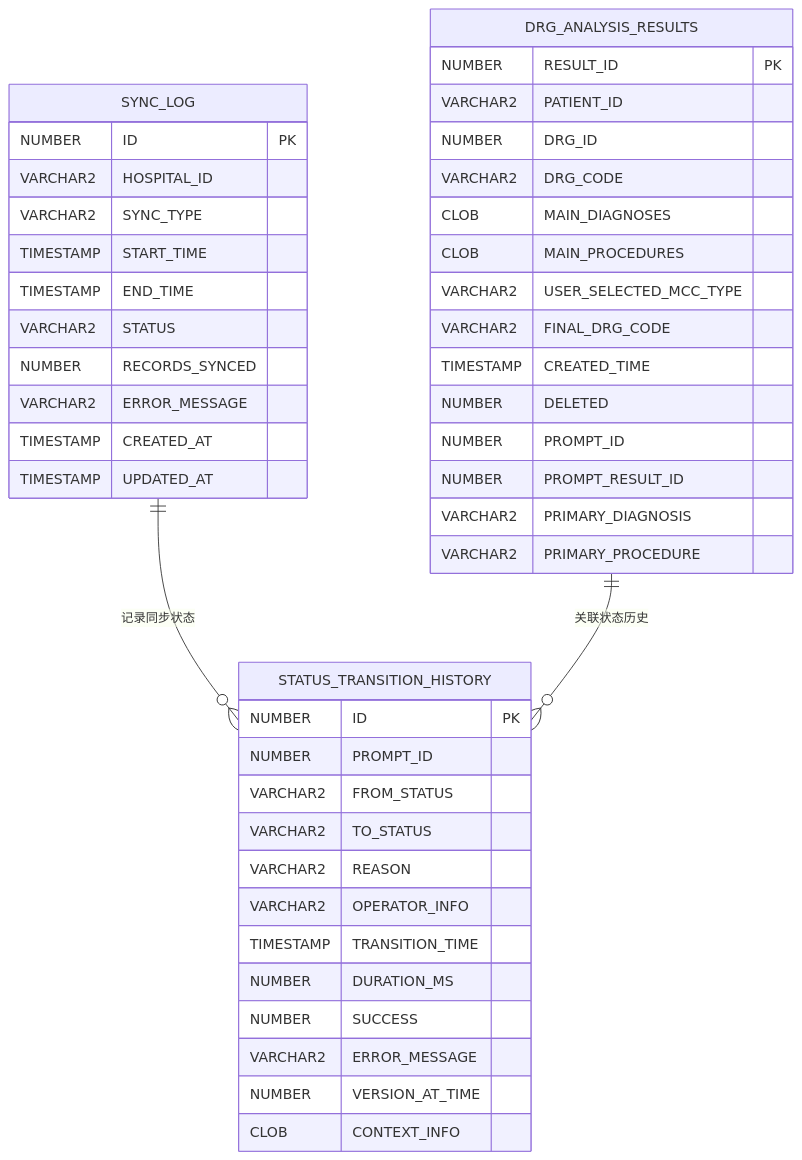
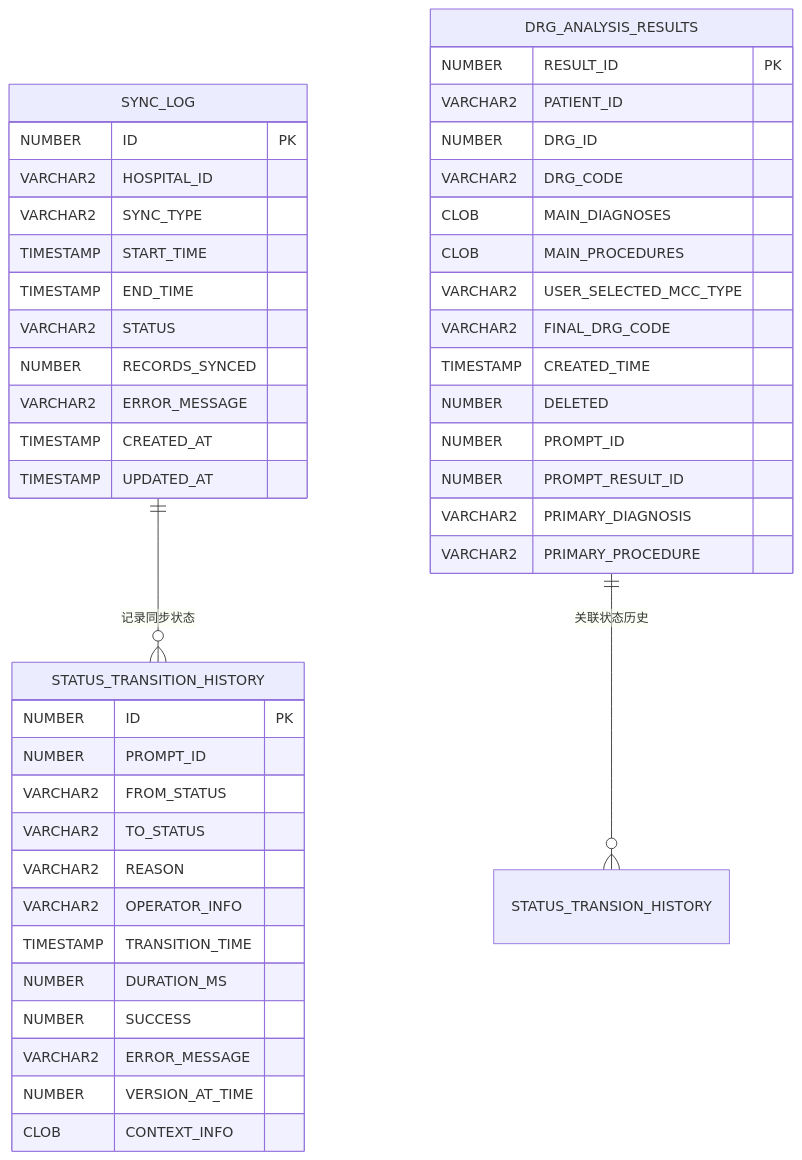
Before and after one commit to liuzh2008/med_ai_assistant_workspace: the third of 17 diagrams in .qoder/repowiki/zh/content/Database Operations.md, drawn with Mermaid. The commit also changed other lines of this file and 6 other files, not shown here.

````diff
--- a/.qoder/repowiki/zh/content/Database Operations.md
+++ b/.qoder/repowiki/zh/content/Database Operations.md
@@ -120,47 +139,47 @@
 ```mermaid
 erDiagram
 SYNC_LOG {
 NUMBER ID PK
 VARCHAR2 HOSPITAL_ID
 VARCHAR2 SYNC_TYPE
 TIMESTAMP START_TIME
 TIMESTAMP END_TIME
 VARCHAR2 STATUS
 NUMBER RECORDS_SYNCED
 VARCHAR2 ERROR_MESSAGE
 TIMESTAMP CREATED_AT
 TIMESTAMP UPDATED_AT
 }
 STATUS_TRANSITION_HISTORY {
 NUMBER ID PK
 NUMBER PROMPT_ID
 VARCHAR2 FROM_STATUS
 VARCHAR2 TO_STATUS
 VARCHAR2 REASON
 VARCHAR2 OPERATOR_INFO
 TIMESTAMP TRANSITION_TIME
 NUMBER DURATION_MS
 NUMBER SUCCESS
 VARCHAR2 ERROR_MESSAGE
 NUMBER VERSION_AT_TIME
 CLOB CONTEXT_INFO
 }
 DRG_ANALYSIS_RESULTS {
 NUMBER RESULT_ID PK
 VARCHAR2 PATIENT_ID
 NUMBER DRG_ID
 VARCHAR2 DRG_CODE
 CLOB MAIN_DIAGNOSES
 CLOB MAIN_PROCEDURES
 VARCHAR2 USER_SELECTED_MCC_TYPE
 VARCHAR2 FINAL_DRG_CODE
 TIMESTAMP CREATED_TIME
 NUMBER DELETED
 NUMBER PROMPT_ID
 NUMBER PROMPT_RESULT_ID
 VARCHAR2 PRIMARY_DIAGNOSIS
 VARCHAR2 PRIMARY_PROCEDURE
 }
 SYNC_LOG ||--o{ STATUS_TRANSITION_HISTORY : "记录同步状态"
-DRG_ANALYSIS_RESULTS ||--o{ STATUS_TRANSITION_HISTORY : "关联状态历史"
+DRG_ANALYSIS_RESULTS ||--o{ STATUS_TRANSION_HISTORY : "关联状态历史"
 ```
````
